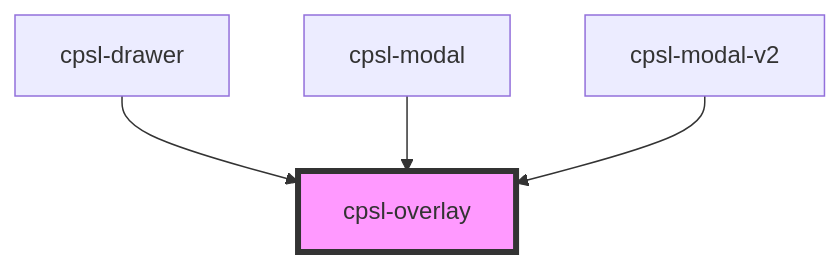
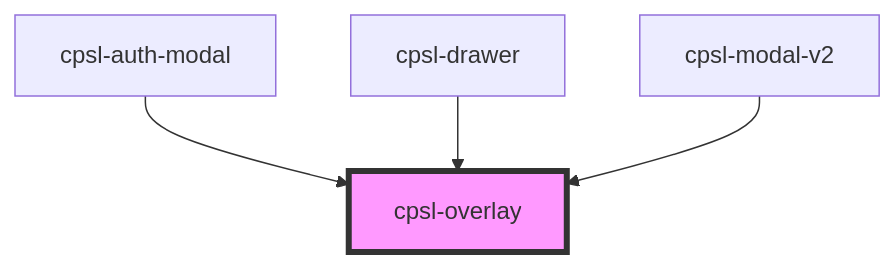
Before and after one commit to getpara/examples-hub: the diagram in packages/core-components/src/components/cpsl-overlay/readme.md, drawn with Mermaid. The commit also changed other lines of this file and 298 other files, not shown here.

````diff
--- a/packages/core-components/src/components/cpsl-overlay/readme.md
+++ b/packages/core-components/src/components/cpsl-overlay/readme.md
@@ -27,7 +27,7 @@
 ```mermaid
 graph TD;
+  cpsl-auth-modal --> cpsl-overlay
   cpsl-drawer --> cpsl-overlay
-  cpsl-modal --> cpsl-overlay
   cpsl-modal-v2 --> cpsl-overlay
   style cpsl-overlay fill:#f9f,stroke:#333,stroke-width:4px
 ```
````
